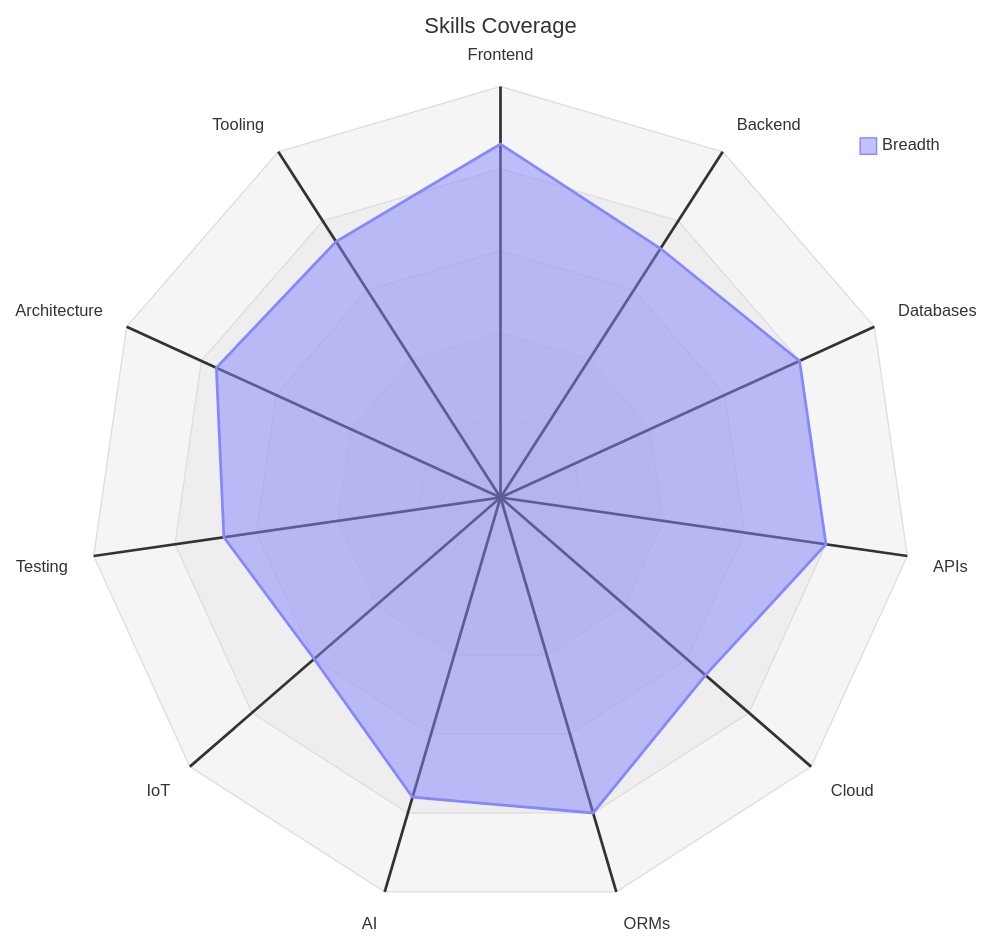
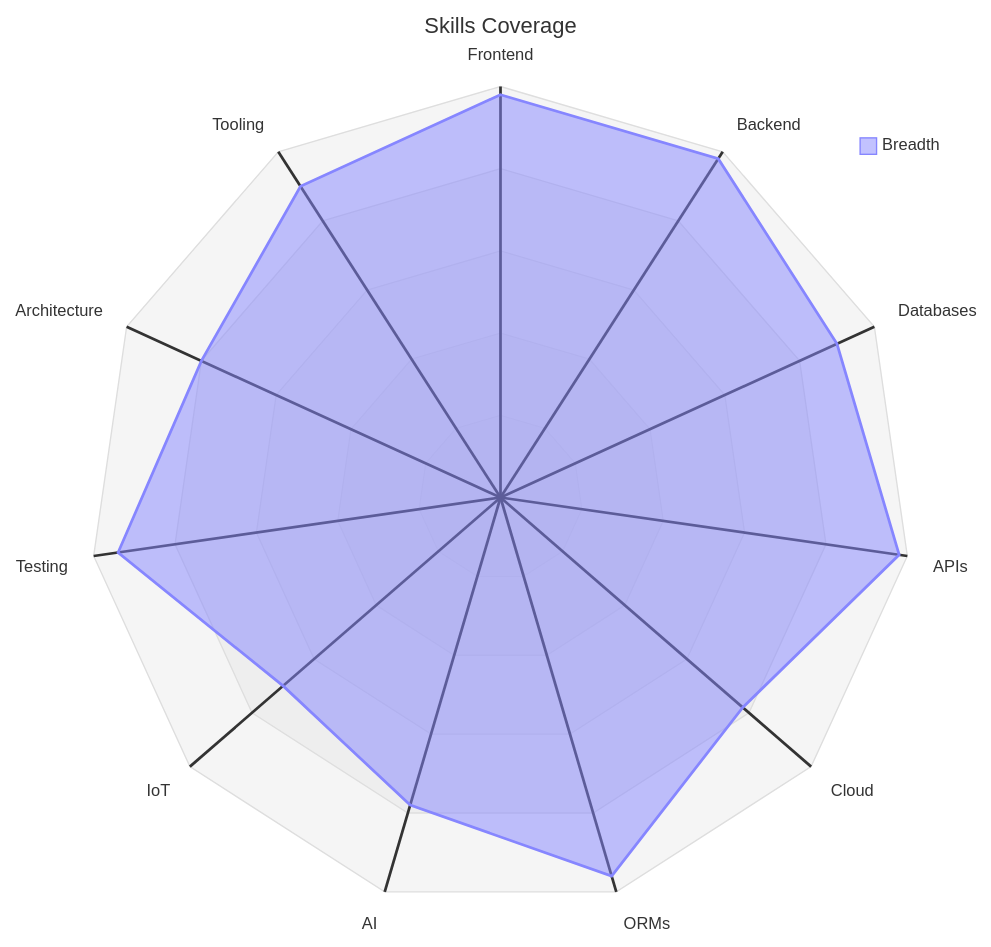
Before and after one commit to virgenherrera/virgenherrera: the first of 2 diagrams in README.md, drawn with Mermaid.

Commit message:
docs: auto-generate README.md [skip ci]

````diff
--- a/README.md
+++ b/README.md
@@ -40,9 +40,9 @@
 ```mermaid
 radar-beta
   title Skills Coverage
   axis Frontend, Backend, Databases, APIs, Cloud, ORMs, AI, IoT, Testing, Architecture, Tooling
-  curve Breadth{4.3, 3.6, 4, 4, 3.3, 4, 3.8, 3, 3.4, 3.8, 3.7}
+  curve Breadth{4.9, 4.9, 4.5, 4.9, 3.9, 4.8, 3.9, 3.5, 4.7, 4, 4.5}
   graticule polygon
   max 5
   min 0
 ```
````
